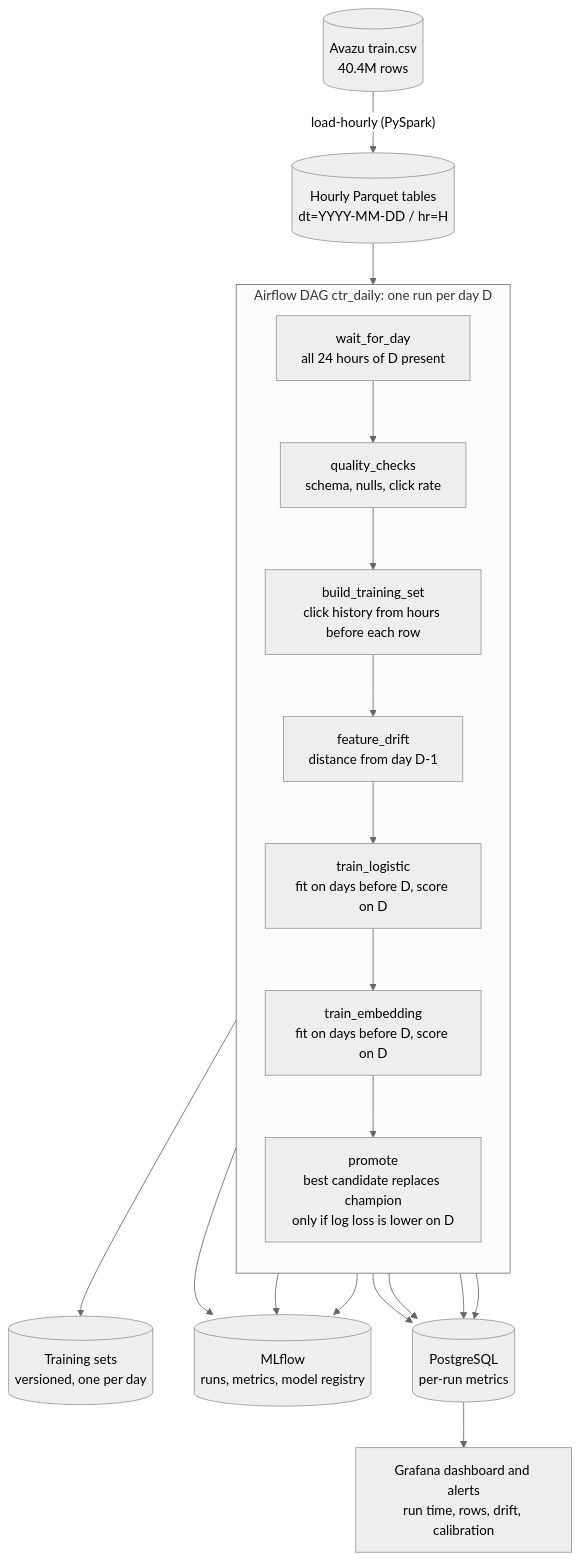
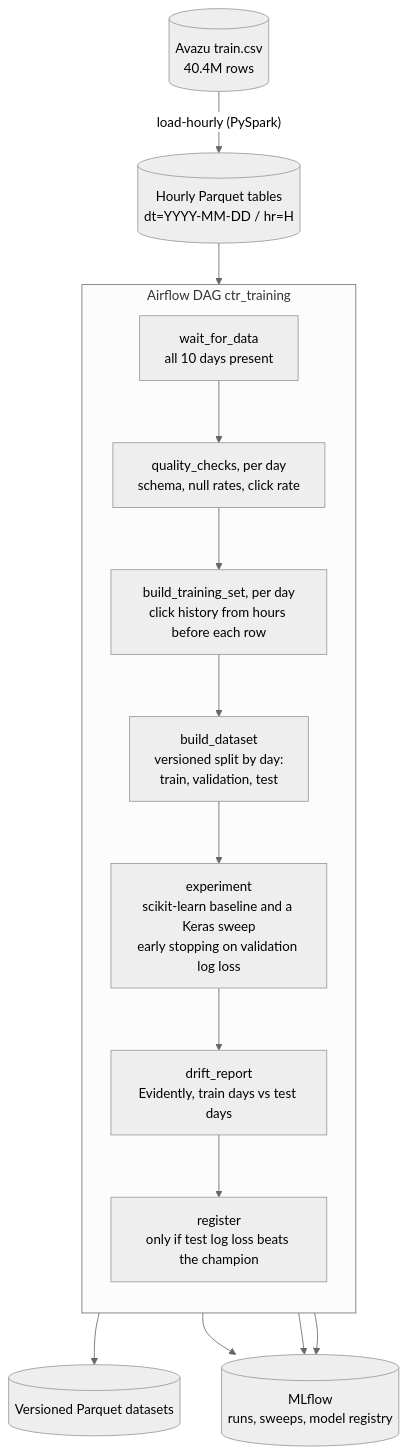
One commit to DragonSonBlaze/ctr-training-pipeline changed the diagram in README.md. Above: the diagram before and after it, drawn with Mermaid (neutral theme). The commit also changed other lines of this file, not shown here.

Commit message:
Describe the Keras, scikit-learn, Evidently and Compose version in the README

````diff
--- a/README.md
+++ b/README.md
@@ -11,25 +11,20 @@
 ```mermaid
 flowchart TD
     raw[("Avazu train.csv<br/>40.4M rows")] -->|"load-hourly (PySpark)"| hourly[("Hourly Parquet tables<br/>dt=YYYY-MM-DD / hr=H")]
 
-    subgraph dag ["Airflow DAG ctr_daily: one run per day D"]
+    subgraph dag ["Airflow DAG ctr_training"]
         direction TB
-        wait["wait_for_day<br/>all 24 hours of D present"] --> qc["quality_checks<br/>schema, nulls, click rate"]
-        qc --> build["build_training_set<br/>click history from hours before each row"]
-        build --> drift["feature_drift<br/>distance from day D-1"]
-        drift --> lr["train_logistic<br/>fit on days before D, score on D"]
-        lr --> nn["train_embedding<br/>fit on days before D, score on D"]
-        nn --> promote["promote<br/>best candidate replaces champion<br/>only if log loss is lower on D"]
+        wait["wait_for_data<br/>all 10 days present"] --> qc["quality_checks, per day<br/>schema, null rates, click rate"]
+        qc --> build["build_training_set, per day<br/>click history from hours before each row"]
+        build --> ds["build_dataset<br/>versioned split by day:<br/>train, validation, test"]
+        ds --> exp["experiment<br/>scikit-learn baseline and a Keras sweep<br/>early stopping on validation log loss"]
+        exp --> drift["drift_report<br/>Evidently, train days vs test days"]
+        drift --> reg["register<br/>only if test log loss beats the champion"]
     end
 
     hourly --> wait
-    build --> sets[("Training sets<br/>versioned, one per day")]
-    lr --> mlflow[("MLflow<br/>runs, metrics, model registry")]
-    nn --> mlflow
-    promote --> mlflow
-    qc --> pg[("PostgreSQL<br/>per-run metrics")]
-    build --> pg
-    drift --> pg
-    promote --> pg
-    pg --> grafana["Grafana dashboard and alerts<br/>run time, rows, drift, calibration"]
+    ds --> sets[("Versioned Parquet datasets")]
+    exp --> mlflow[("MLflow<br/>runs, sweeps, model registry")]
+    drift --> mlflow
+    reg --> mlflow
 ```
````
